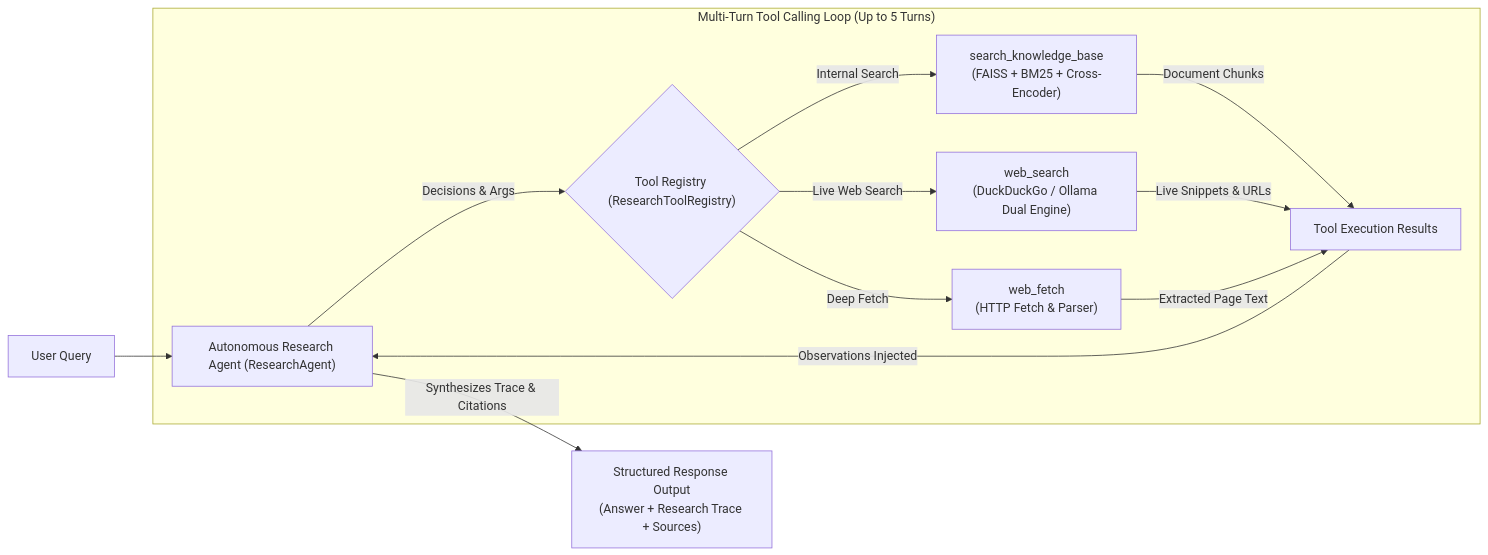
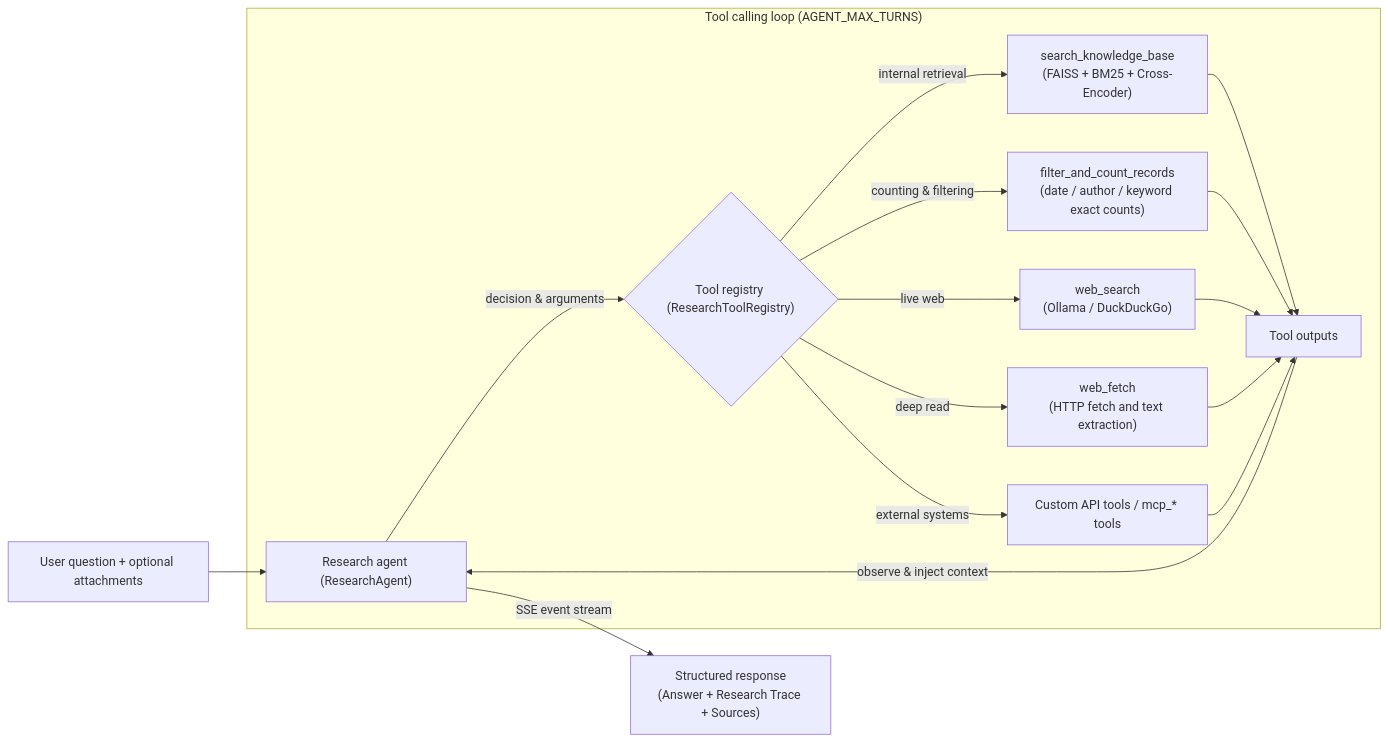
One commit to Scorpio-meow/AskMiao changed the fourth of 6 diagrams in docs/architecture_en.md. Above: the diagram before and after it, drawn with Mermaid. The commit also changed other lines of this file and 15 other files, not shown here.

````diff
--- a/docs/architecture_en.md
+++ b/docs/architecture_en.md
@@ -117,18 +150,22 @@
 ```mermaid
 flowchart LR
-    UserQuery["User Query"] --> Agent["Autonomous Research Agent (ResearchAgent)"]
-    
-    subgraph ToolLoop ["Multi-Turn Tool Calling Loop (Up to 5 Turns)"]
-        Agent -->|Decisions & Args| Tools{"Tool Registry (ResearchToolRegistry)"}
-        Tools -->|Internal Search| LocalRAG["search_knowledge_base\n(FAISS + BM25 + Cross-Encoder)"]
-        Tools -->|Live Web Search| WebSearch["web_search\n(DuckDuckGo / Ollama Dual Engine)"]
-        Tools -->|Deep Fetch| WebFetch["web_fetch\n(HTTP Fetch & Parser)"]
-        
-        LocalRAG -->|Document Chunks| ToolResult["Tool Execution Results"]
-        WebSearch -->|Live Snippets & URLs| ToolResult
-        WebFetch -->|Extracted Page Text| ToolResult
-        ToolResult -->|Observations Injected| Agent
+    UserQuery["User question + optional attachments"] --> Agent["Research agent (ResearchAgent)"]
+
+    subgraph ToolLoop ["Tool calling loop (AGENT_MAX_TURNS)"]
+        Agent -->|decision & arguments| Tools{"Tool registry (ResearchToolRegistry)"}
+        Tools -->|internal retrieval| LocalRAG["search_knowledge_base<br/>(FAISS + BM25 + Cross-Encoder)"]
+        Tools -->|counting & filtering| Filter["filter_and_count_records<br/>(date / author / keyword exact counts)"]
+        Tools -->|live web| WebSearch["web_search<br/>(Ollama / DuckDuckGo)"]
+        Tools -->|deep read| WebFetch["web_fetch<br/>(HTTP fetch and text extraction)"]
+        Tools -->|external systems| Extern["Custom API tools / mcp_* tools"]
+
+        LocalRAG --> ToolResult["Tool outputs"]
+        Filter --> ToolResult
+        WebSearch --> ToolResult
+        WebFetch --> ToolResult
+        Extern --> ToolResult
+        ToolResult -->|observe & inject context| Agent
     end
 
-    Agent -->|Synthesizes Trace & Citations| FinalAnswer["Structured Response Output\n(Answer + Research Trace + Sources)"]
+    Agent -->|SSE event stream| FinalAnswer["Structured response<br/>(Answer + Research Trace + Sources)"]
 ```
````
